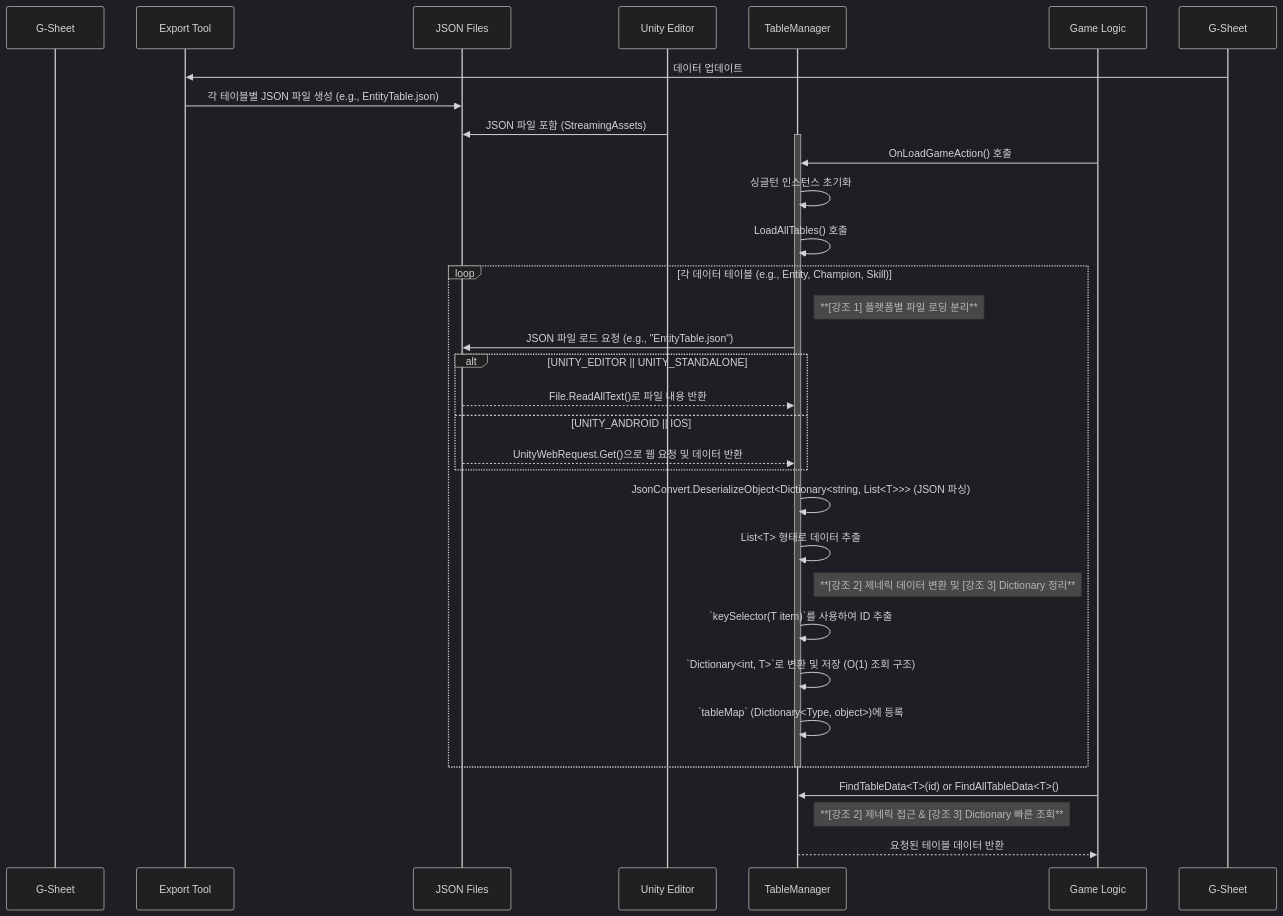
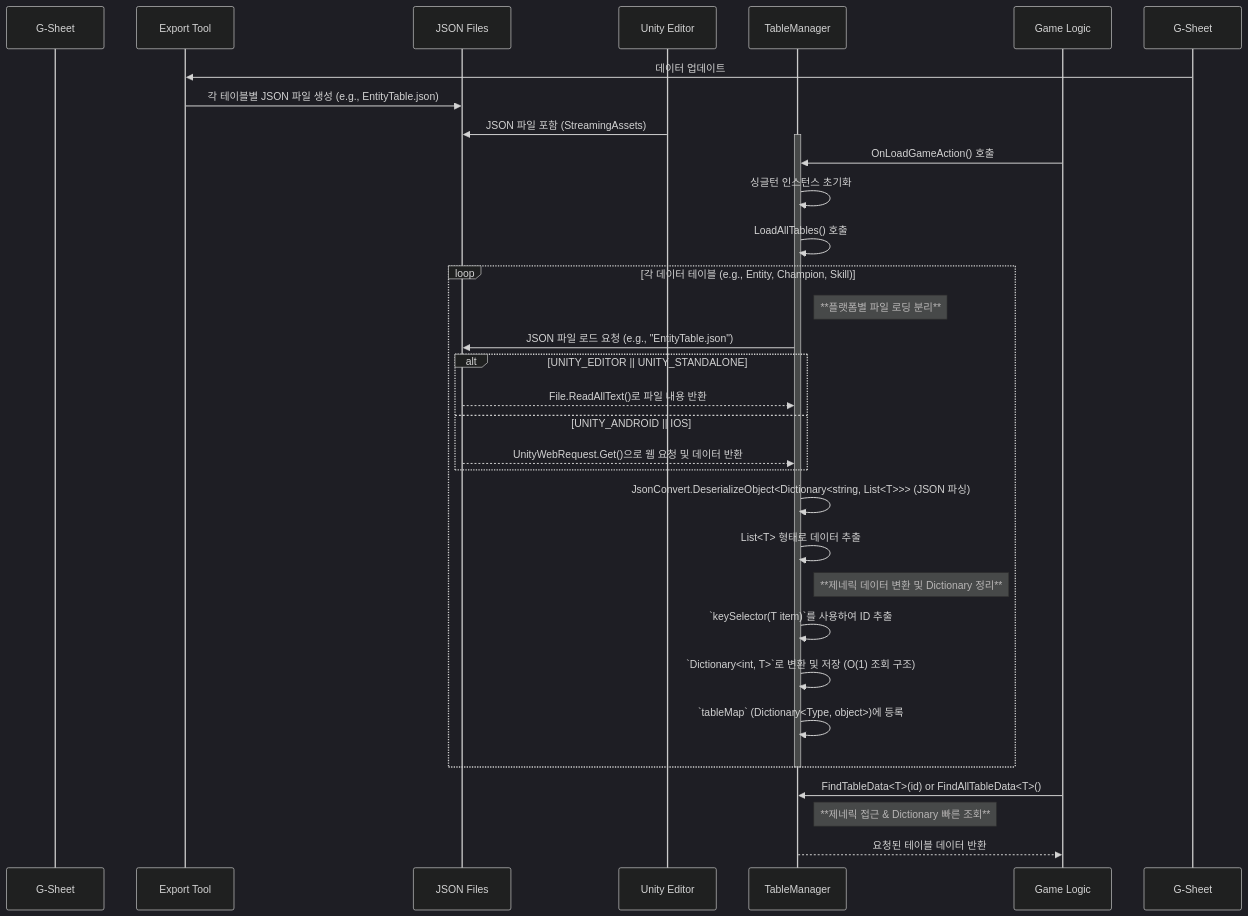
Before and after one commit to Kyuarez/team3Moba: the diagram in README.md, drawn with Mermaid (dark theme). The commit also changed other lines of this file, not shown here.

````diff
--- a/README.md
+++ b/README.md
@@ -29,43 +29,42 @@
 ```mermaid
 sequenceDiagram
     participant GoogleSpreadsheet as G-Sheet
     participant ExporterTool as Export Tool
     participant LocalJSON as JSON Files
     participant UnityEditor as Unity Editor
     participant TableManager as TableManager
     participant GameLogic as Game Logic
 
     G-Sheet->>ExporterTool: 데이터 업데이트
     ExporterTool->>LocalJSON: 각 테이블별 JSON 파일 생성 (e.g., EntityTable.json)
-
     UnityEditor->>LocalJSON: JSON 파일 포함 (StreamingAssets)
 
     activate TableManager
     GameLogic->>TableManager: OnLoadGameAction() 호출
     TableManager->>TableManager: 싱글턴 인스턴스 초기화
     TableManager->>TableManager: LoadAllTables() 호출
 
     loop 각 데이터 테이블 (e.g., Entity, Champion, Skill)
-        Note right of TableManager: **[강조 1] 플랫폼별 파일 로딩 분리**
+        Note right of TableManager: **플랫폼별 파일 로딩 분리**
         TableManager->>LocalJSON: JSON 파일 로드 요청 (e.g., "EntityTable.json")
         alt UNITY_EDITOR || UNITY_STANDALONE
             LocalJSON-->>TableManager: File.ReadAllText()로 파일 내용 반환
         else UNITY_ANDROID || IOS
             LocalJSON-->>TableManager: UnityWebRequest.Get()으로 웹 요청 및 데이터 반환
         end
 
         TableManager->>TableManager: JsonConvert.DeserializeObject<Dictionary<string, List<T>>> (JSON 파싱)
         TableManager->>TableManager: List<T> 형태로 데이터 추출
 
-        Note right of TableManager: **[강조 2] 제네릭 데이터 변환 및 [강조 3] Dictionary 정리**
+        Note right of TableManager: **제네릭 데이터 변환 및 Dictionary 정리**
         TableManager->>TableManager: `keySelector(T item)`를 사용하여 ID 추출
         TableManager->>TableManager: `Dictionary<int, T>`로 변환 및 저장 (O(1) 조회 구조)
         TableManager->>TableManager: `tableMap` (Dictionary<Type, object>)에 등록
 
     end
     deactivate TableManager
 
     GameLogic->>TableManager: FindTableData<T>(id) or FindAllTableData<T>()
-    Note right of TableManager: **[강조 2] 제네릭 접근 & [강조 3] Dictionary 빠른 조회**
+    Note right of TableManager: **제네릭 접근 & Dictionary 빠른 조회**
     TableManager-->>GameLogic: 요청된 테이블 데이터 반환
 ```
````
